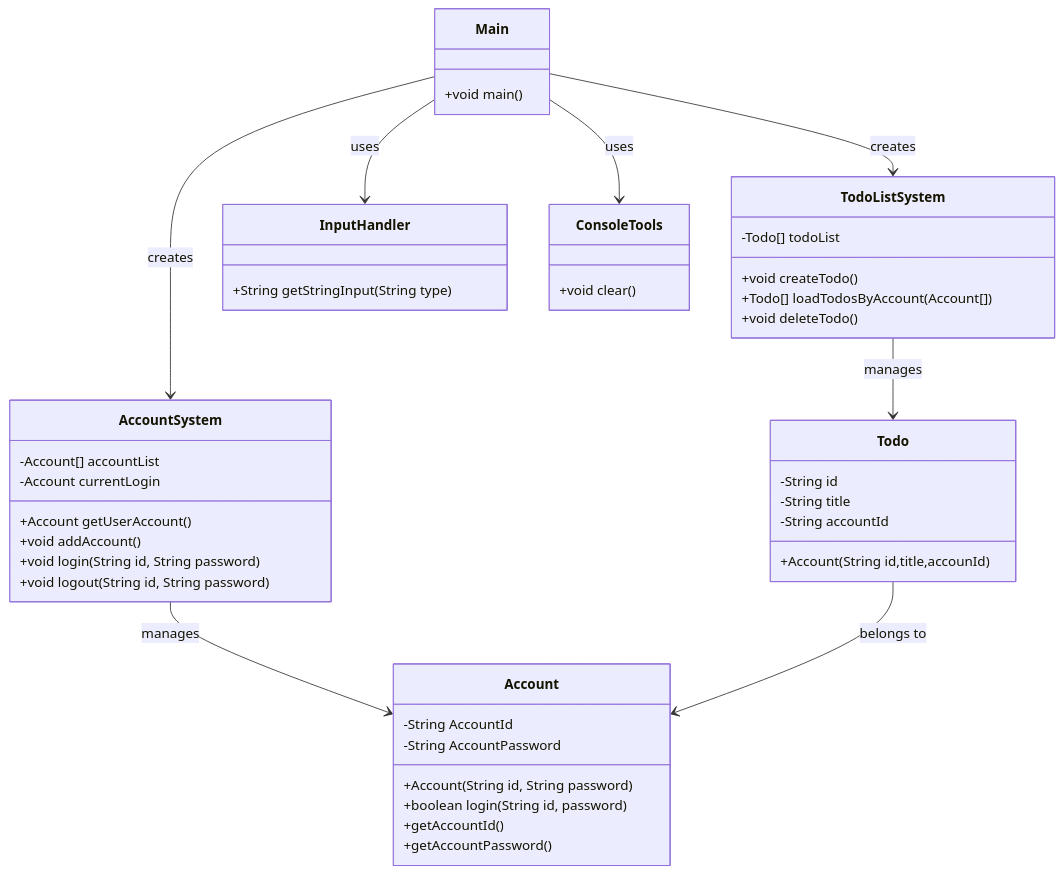
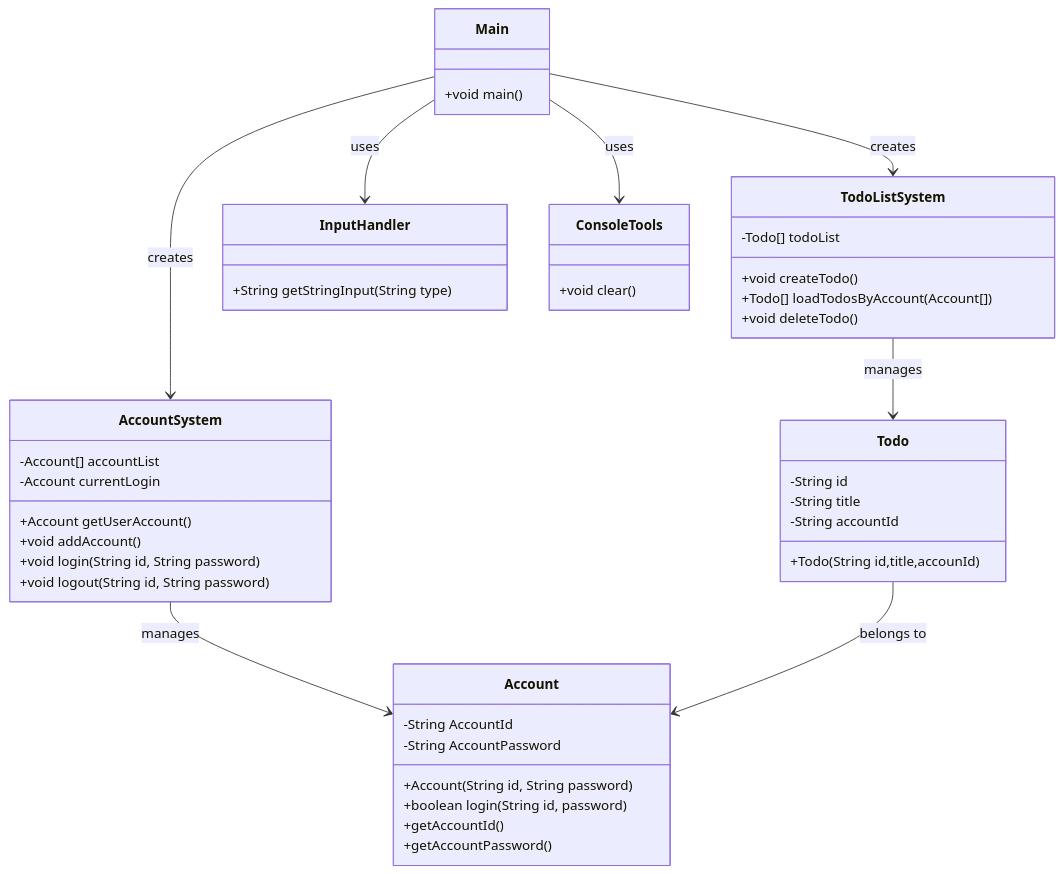
One commit to gwongibeom/java_scratch changed the diagram in src/TodoListWithAccountSystem/todo-list-class-diagram.mermaid. Above: the diagram before and after it, drawn with Mermaid. The commit also changed 1 other file, not shown here.

```diff
--- a/src/TodoListWithAccountSystem/todo-list-class-diagram.mermaid
+++ b/src/TodoListWithAccountSystem/todo-list-class-diagram.mermaid
@@ -1,53 +1,53 @@
 classDiagram
     class Todo {
         -String id
         -String title
         -String accountId
-        +Account(String id,title,accounId)
+        +Todo(String id,title,accounId)
     }
 
     class TodoListSystem {
         -Todo[] todoList
         +void createTodo()
         +Todo[] loadTodosByAccount(Account[])
         +void deleteTodo()
     }
 
     class Account {
         -String AccountId
         -String AccountPassword
         +Account(String id, String password)
         +boolean login(String id, password)
         +getAccountId()
         +getAccountPassword()
 
     }
 
     class AccountSystem {
         -Account[] accountList
         -Account currentLogin
         +Account getUserAccount()
         +void addAccount()
         +void login(String id, String password)
         +void logout(String id, String password)
     }
 
     class InputHandler {
         +String getStringInput(String type)
     }
 
     class ConsoleTools {
         +void clear()
     }
 
     class Main {
         +void main()
     }
 
     Main --> AccountSystem : creates
     Main --> TodoListSystem : creates
     Main --> InputHandler : uses
     Main --> ConsoleTools : uses
     TodoListSystem --> Todo : manages
     AccountSystem --> Account : manages
     Todo --> Account : belongs to
```
